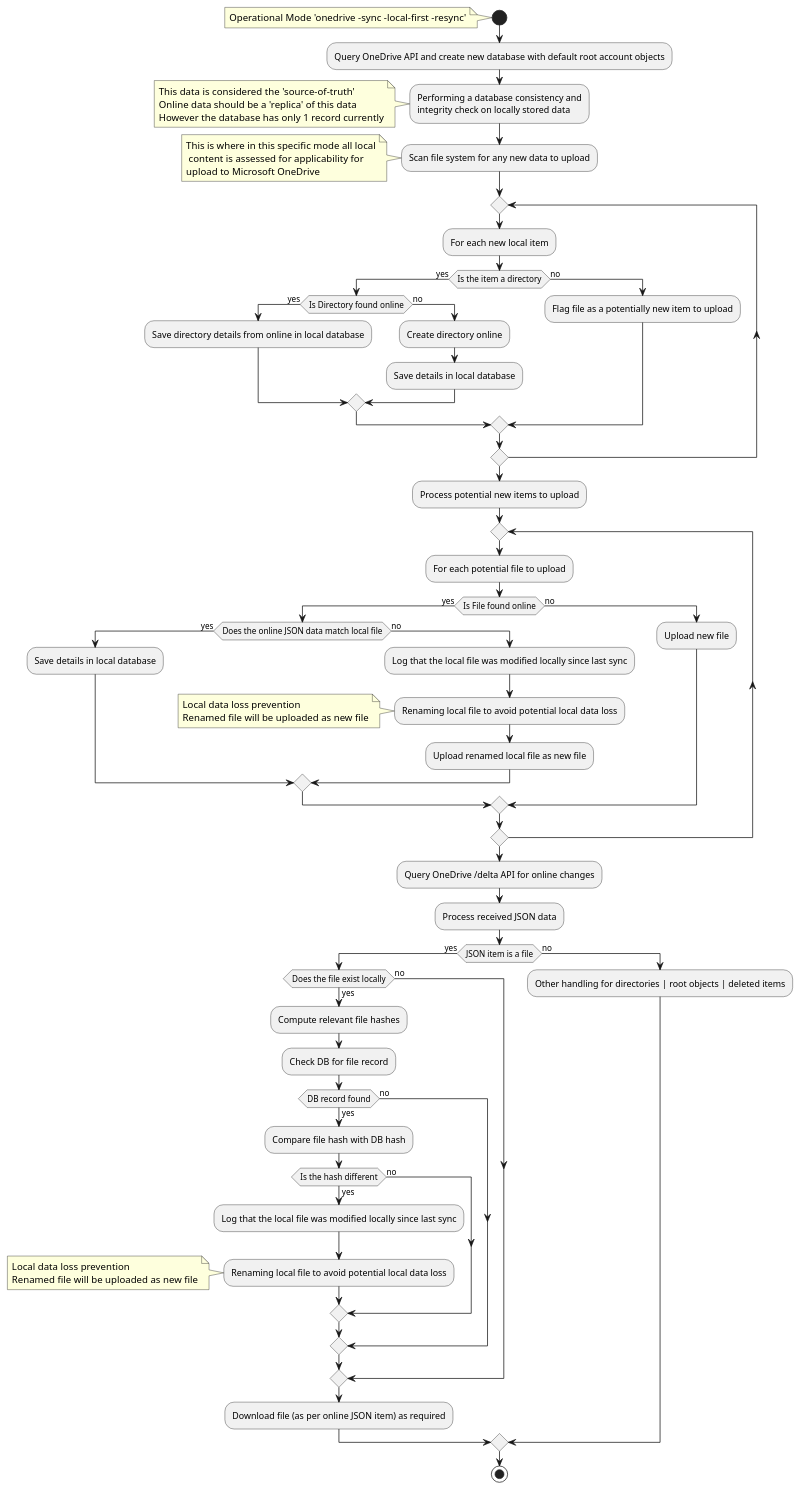
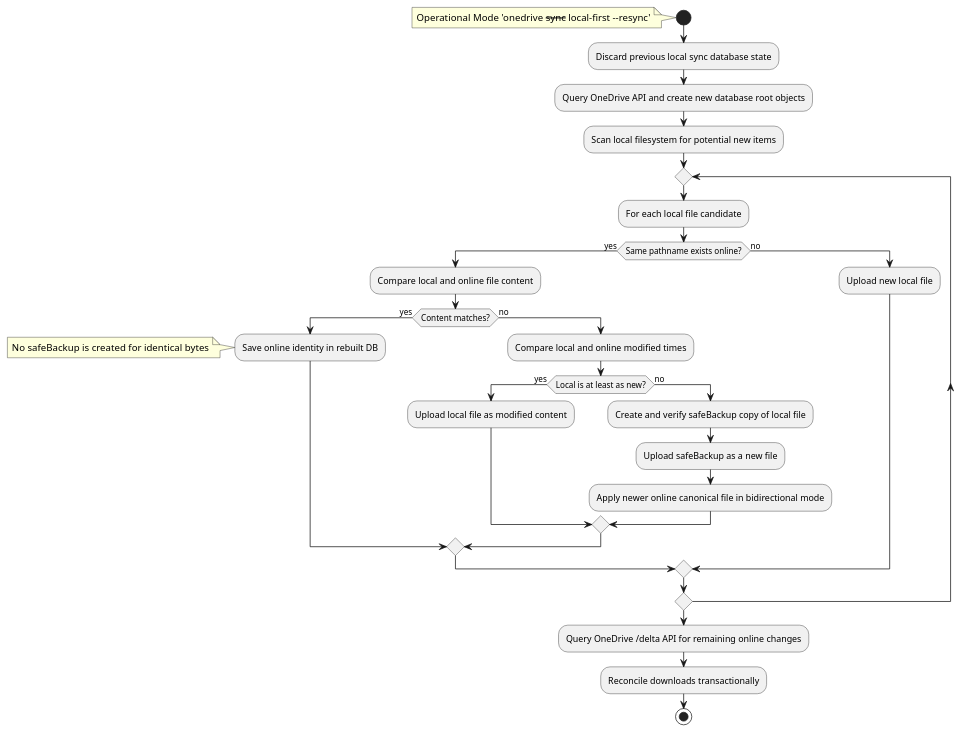
Before and after one commit to abraunegg/onedrive: the diagram in docs/puml/conflict_handling_local-first_resync.puml, drawn with PlantUML. The commit also changed 28 other files, not shown here.

```diff
--- a/docs/puml/conflict_handling_local-first_resync.puml
+++ b/docs/puml/conflict_handling_local-first_resync.puml
@@ -1,70 +1,31 @@
 @startuml
 start
-note left: Operational Mode 'onedrive -sync -local-first -resync'
-:Query OneDrive API and create new database with default root account objects;
-:Performing a database consistency and\nintegrity check on locally stored data;
-note left: This data is considered the 'source-of-truth'\nOnline data should be a 'replica' of this data\nHowever the database has only 1 record currently
-:Scan file system for any new data to upload;
-note left: This is where in this specific mode all local\n content is assessed for applicability for\nupload to Microsoft OneDrive
-
+note left: Operational Mode 'onedrive --sync --local-first --resync'
+:Discard previous local sync database state;
+:Query OneDrive API and create new database root objects;
+:Scan local filesystem for potential new items;
 repeat
-  :For each new local item;
-  if (Is the item a directory) then (yes)
-    if (Is Directory found online) then (yes)
-      :Save directory details from online in local database;
+  :For each local file candidate;
+  if (Same pathname exists online?) then (yes)
+    :Compare local and online file content;
+    if (Content matches?) then (yes)
+      :Save online identity in rebuilt DB;
+      note left: No safeBackup is created for identical bytes
     else (no)
-      :Create directory online;
-      :Save details in local database;
+      :Compare local and online modified times;
+      if (Local is at least as new?) then (yes)
+        :Upload local file as modified content;
+      else (no)
+        :Create and verify safeBackup copy of local file;
+        :Upload safeBackup as a new file;
+        :Apply newer online canonical file in bidirectional mode;
+      endif
     endif
   else (no)
-    :Flag file as a potentially new item to upload;
+    :Upload new local file;
   endif
 repeat while
-
-:Process potential new items to upload;
-
-repeat
-  :For each potential file to upload;
-  if (Is File found online) then (yes)
-    if (Does the online JSON data match local file) then (yes)
-		  :Save details in local database;
-	   else (no)
-	    :Log that the local file was modified locally since last sync;
-	    :Renaming local file to avoid potential local data loss;
-       note left: Local data loss prevention\nRenamed file will be uploaded as new file
-       :Upload renamed local file as new file;
-	  endif
-  else (no)
-    :Upload new file;
-  endif
-repeat while
-
-:Query OneDrive /delta API for online changes;
-:Process received JSON data;
-if (JSON item is a file) then (yes)
-  if (Does the file exist locally) then (yes)
-    :Compute relevant file hashes;
-    :Check DB for file record;
-    if (DB record found) then (yes)
-      :Compare file hash with DB hash;
-      if (Is the hash different) then (yes)
-        :Log that the local file was modified locally since last sync;
-        :Renaming local file to avoid potential local data loss;
-        note left: Local data loss prevention\nRenamed file will be uploaded as new file
-      else (no)
-      endif
-    else (no)
-    
-    endif
-  else (no)
-  endif
-
-:Download file (as per online JSON item) as required;
-  
-else (no)
-  :Other handling for directories | root objects | deleted items;
-endif
-
-
+:Query OneDrive /delta API for remaining online changes;
+:Reconcile downloads transactionally;
 stop
 @enduml
```
